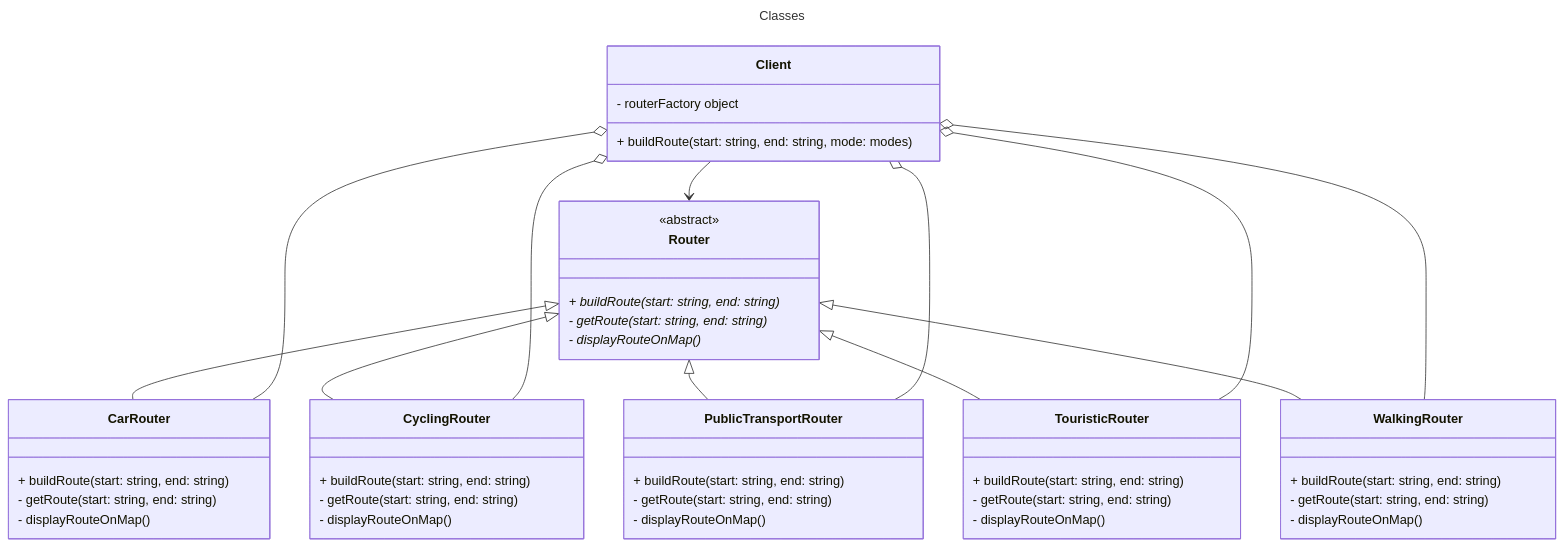
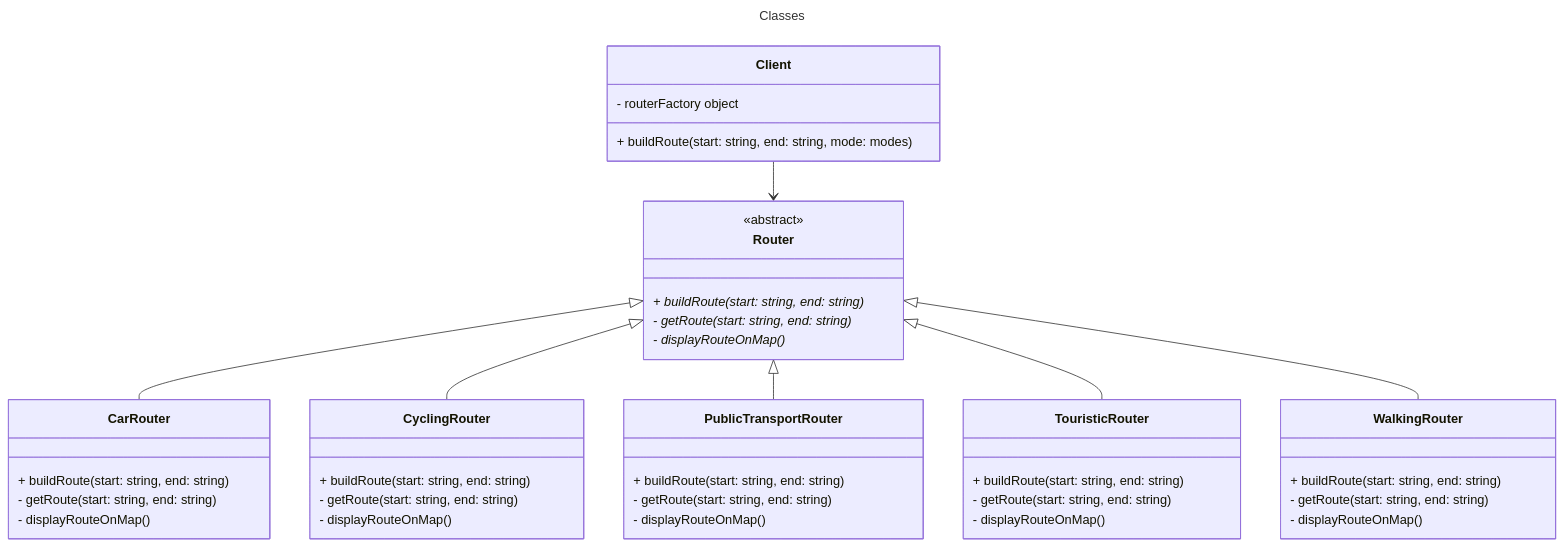
The diagram in docs/problems/casual-travelers/solved.md (mariannactx/design-patterns-ts), drawn with Mermaid before and after one commit.

Commit message:
better casual-travelers solved diagram

````diff
--- a/docs/problems/casual-travelers/solved.md
+++ b/docs/problems/casual-travelers/solved.md
@@ -11,61 +11,56 @@
 ```mermaid
 ---
 title: Classes
 ---
 classDiagram
 direction TB
 
 class Client {
   - routerFactory object
   + buildRoute(start: string, end: string, mode: modes)
 }
 
 class Router {
   <<abstract>>
  + buildRoute(start: string, end: string)*
  - getRoute(start: string, end: string)*
  - displayRouteOnMap()*
 }
 
 class CarRouter {
   + buildRoute(start: string, end: string)
   - getRoute(start: string, end: string)
   - displayRouteOnMap()
 }
 
 class CyclingRouter {
   + buildRoute(start: string, end: string)
   - getRoute(start: string, end: string)
   - displayRouteOnMap()
 }
 
 class PublicTransportRouter {
   + buildRoute(start: string, end: string)
   - getRoute(start: string, end: string)
   - displayRouteOnMap()
 }
 
 class TouristicRouter {
   + buildRoute(start: string, end: string)
   - getRoute(start: string, end: string)
   - displayRouteOnMap()
 }
 
 class WalkingRouter {
   + buildRoute(start: string, end: string)
   - getRoute(start: string, end: string)
   - displayRouteOnMap()
 }
 
 Client --> Router
 Router <|-- CarRouter
 Router <|-- CyclingRouter
 Router <|-- PublicTransportRouter
 Router <|-- TouristicRouter
 Router <|-- WalkingRouter
-Client o-- CarRouter
-Client o-- CyclingRouter
-Client o-- PublicTransportRouter
-Client o-- TouristicRouter
-Client o-- WalkingRouter
 ```
````
